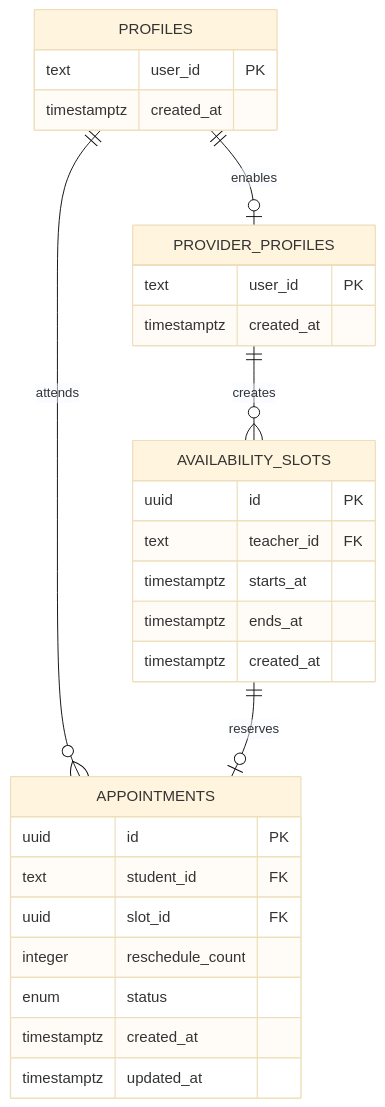
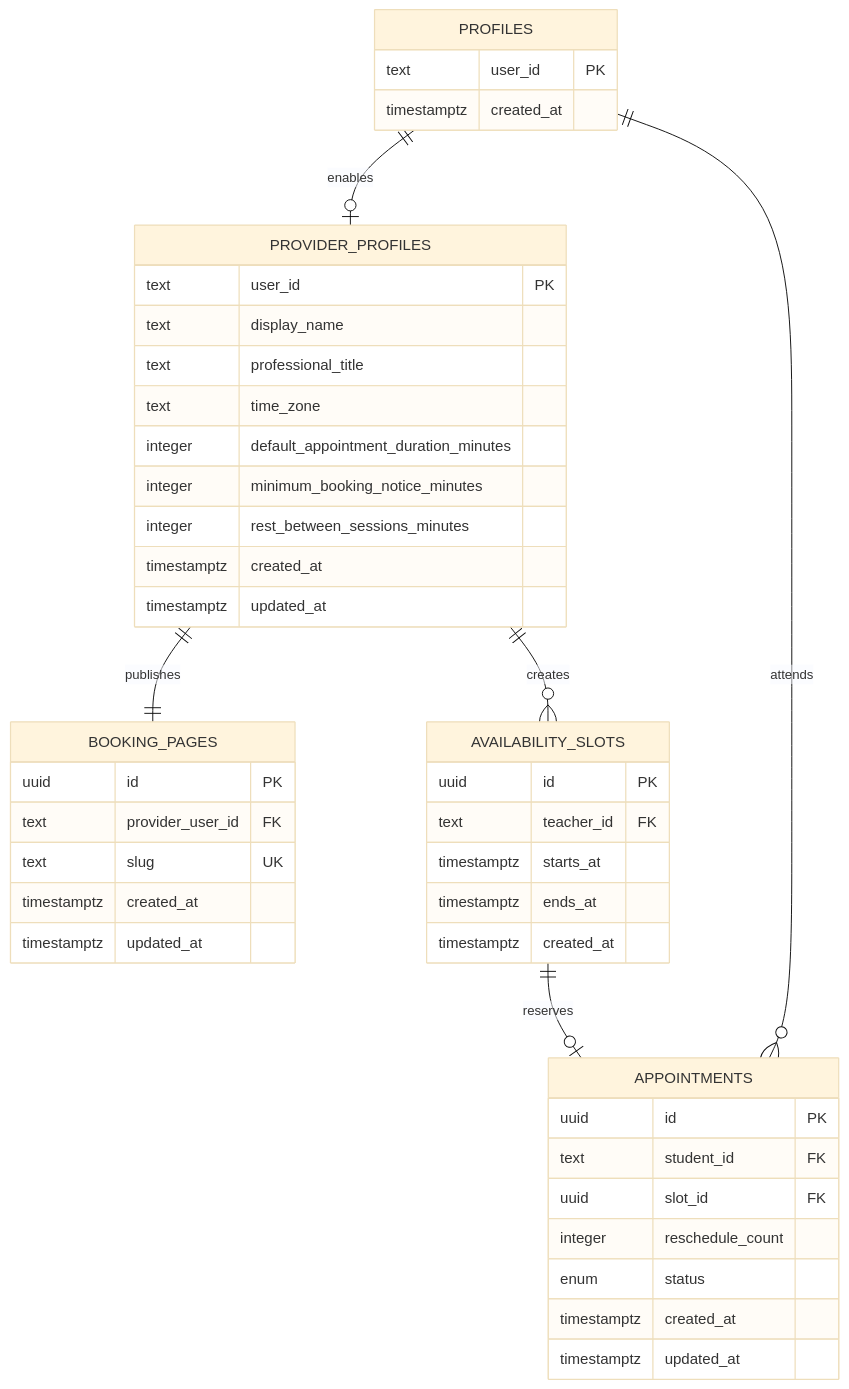
Before and after one commit to Asharp97/peerslot: the second of 2 diagrams in README.md, drawn with Mermaid (base theme). The commit also changed other lines of this file and 27 other files, not shown here.

````diff
--- a/README.md
+++ b/README.md
@@ -126,35 +128,51 @@
 ```mermaid
 erDiagram
     PROFILES ||--o| PROVIDER_PROFILES : enables
+    PROVIDER_PROFILES ||--|| BOOKING_PAGES : publishes
     PROVIDER_PROFILES ||--o{ AVAILABILITY_SLOTS : creates
     PROFILES ||--o{ APPOINTMENTS : attends
     AVAILABILITY_SLOTS ||--o| APPOINTMENTS : reserves
 
     PROFILES {
         text user_id PK
         timestamptz created_at
     }
 
     PROVIDER_PROFILES {
         text user_id PK
+        text display_name
+        text professional_title
+        text time_zone
+        integer default_appointment_duration_minutes
+        integer minimum_booking_notice_minutes
+        integer rest_between_sessions_minutes
         timestamptz created_at
+        timestamptz updated_at
+    }
+
+    BOOKING_PAGES {
+        uuid id PK
+        text provider_user_id FK
+        text slug UK
+        timestamptz created_at
+        timestamptz updated_at
     }
 
     AVAILABILITY_SLOTS {
         uuid id PK
         text teacher_id FK
         timestamptz starts_at
         timestamptz ends_at
         timestamptz created_at
     }
 
     APPOINTMENTS {
         uuid id PK
         text student_id FK
         uuid slot_id FK
         integer reschedule_count
         enum status
         timestamptz created_at
         timestamptz updated_at
     }
 ```
````
